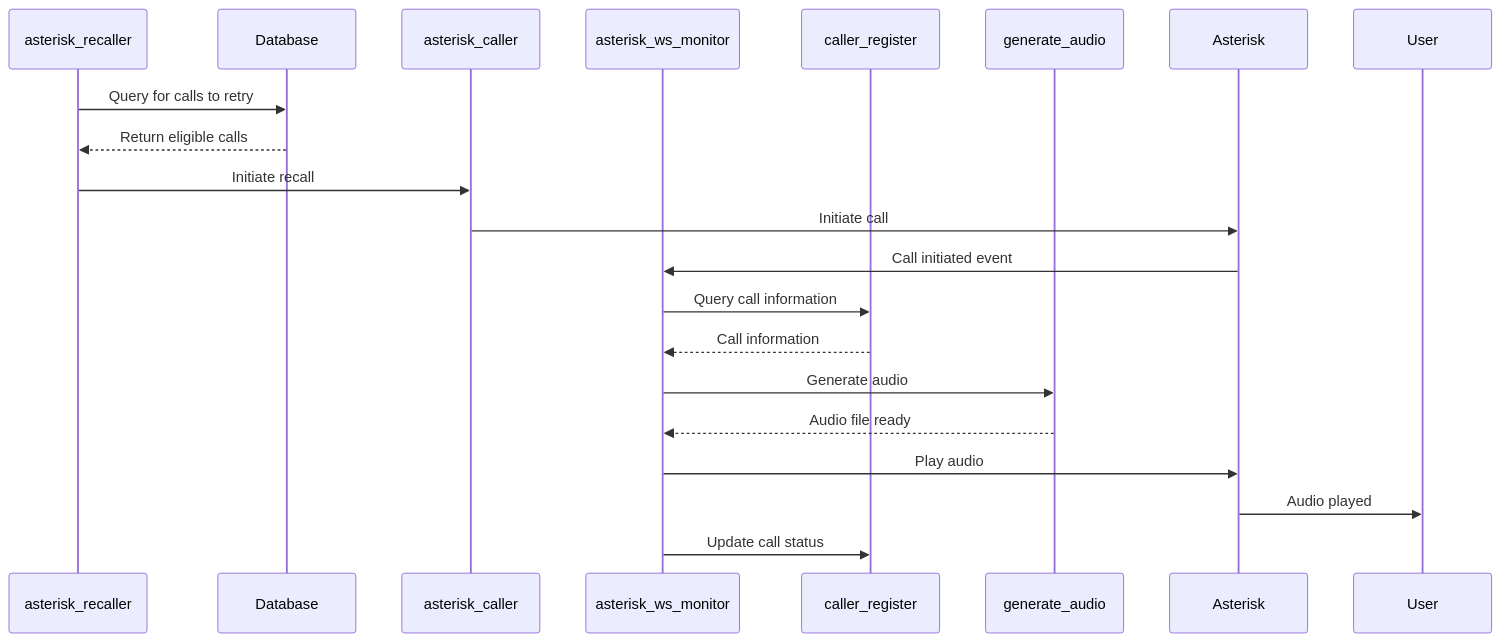
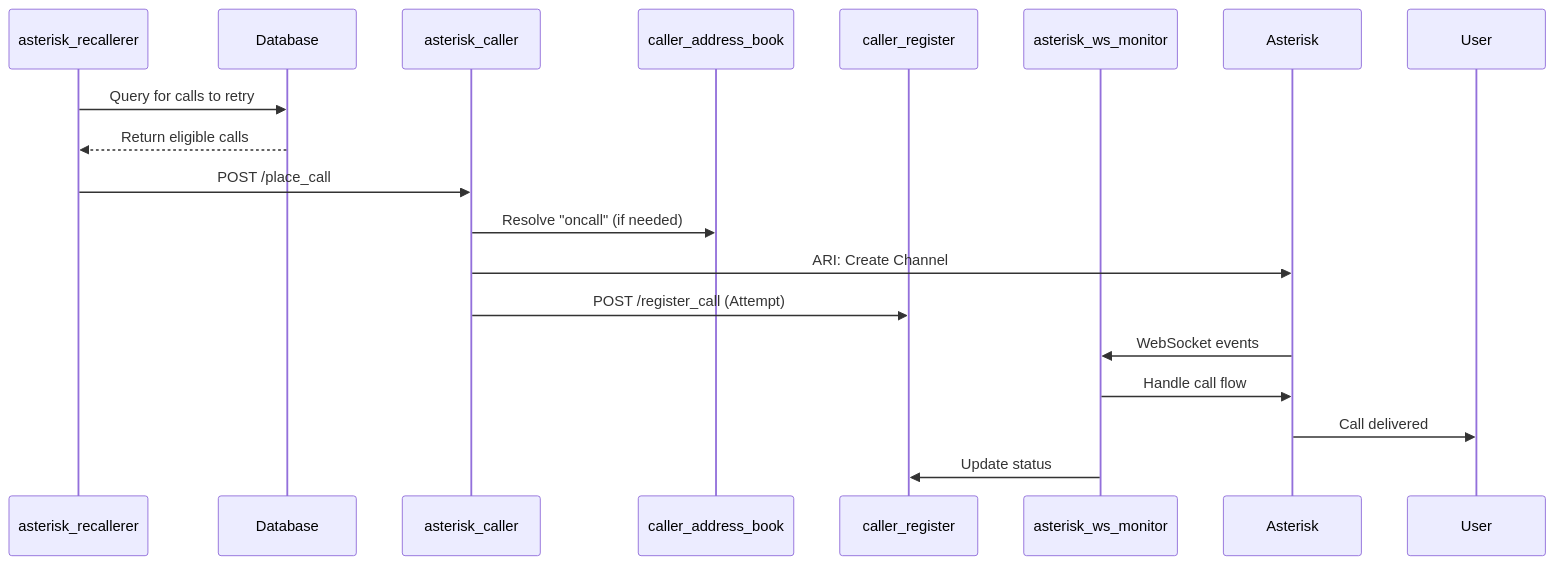
Diagram 15 of 21 in docs/py-phone-caller_2025.05.md (jcfdeb/py-phone-caller), drawn with Mermaid before and after one commit. The commit also changed other lines of this file and 217 other files, not shown here.

````diff
--- a/docs/py-phone-caller_2025.05.md
+++ b/docs/py-phone-caller_2025.05.md
@@ -587,24 +680,23 @@
 ```mermaid
 sequenceDiagram
-    participant AR as asterisk_recaller
+    participant AR as asterisk_recallerer
     participant DB as Database
     participant AC as asterisk_caller
+    participant CAB as caller_address_book
+    participant CR as caller_register
     participant WSM as asterisk_ws_monitor
-    participant CR as caller_register
-    participant GA as generate_audio
     participant Asterisk
     participant User
 
     AR->>DB: Query for calls to retry
     DB-->>AR: Return eligible calls
-    AR->>AC: Initiate recall
-    AC->>Asterisk: Initiate call
-    Asterisk->>WSM: Call initiated event
-    WSM->>CR: Query call information
-    CR-->>WSM: Call information
-    WSM->>GA: Generate audio
-    GA-->>WSM: Audio file ready
-    WSM->>Asterisk: Play audio
-    Asterisk->>User: Audio played
-    WSM->>CR: Update call status
+    AR->>AC: POST /place_call
+    AC->>CAB: Resolve "oncall" (if needed)
+    AC->>Asterisk: ARI: Create Channel
+    AC->>CR: POST /register_call (Attempt)
+    
+    Asterisk->>WSM: WebSocket events
+    WSM->>Asterisk: Handle call flow
+    Asterisk->>User: Call delivered
+    WSM->>CR: Update status
 ```
````
